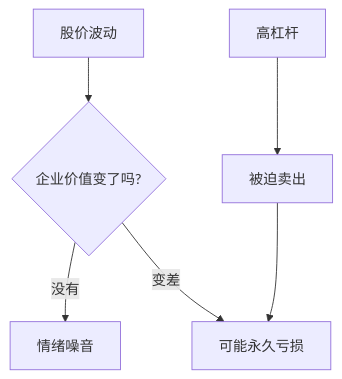
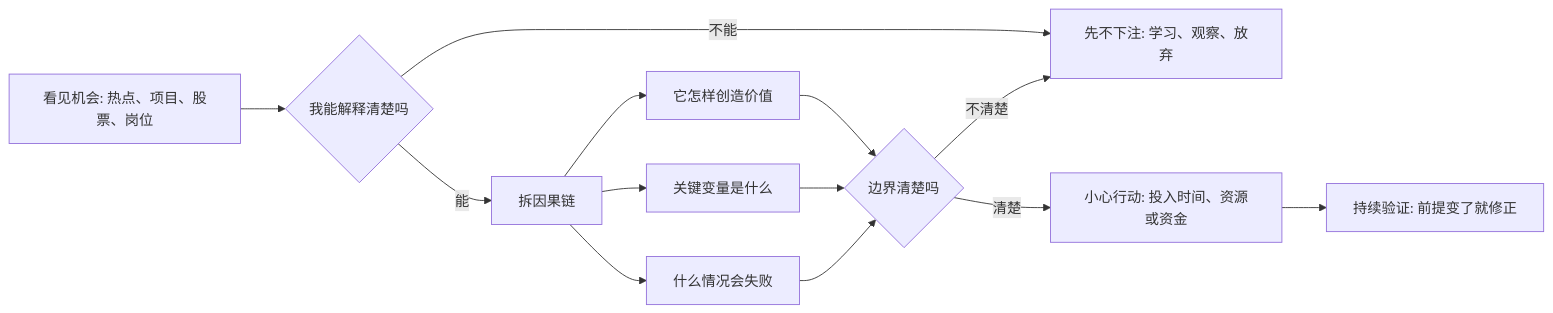
One commit to digoal/blog changed the diagram in 202605/20260519_03.md. Above: the diagram before and after it, drawn with Mermaid. The commit also changed other lines of this file and 51 other files, not shown here.

````diff
--- a/202605/20260519_03.md
+++ b/202605/20260519_03.md
@@ -22,8 +24,15 @@
 ```mermaid
-flowchart TD
-  A["股价波动"] --> B{"企业价值变了吗?"}
-  B -- "没有" --> C["情绪噪音"]
-  B -- "变差" --> D["可能永久亏损"]
-  E["高杠杆"] --> F["被迫卖出"]
-  F --> D
+flowchart LR
+  A["看见机会: 热点、项目、股票、岗位"] --> B{"我能解释清楚吗"}
+  B -- "不能" --> C["先不下注: 学习、观察、放弃"]
+  B -- "能" --> D["拆因果链"]
+  D --> E["它怎样创造价值"]
+  D --> F["关键变量是什么"]
+  D --> G["什么情况会失败"]
+  E --> H{"边界清楚吗"}
+  F --> H
+  G --> H
+  H -- "不清楚" --> C
+  H -- "清楚" --> I["小心行动: 投入时间、资源或资金"]
+  I --> J["持续验证: 前提变了就修正"]
 ```
````
